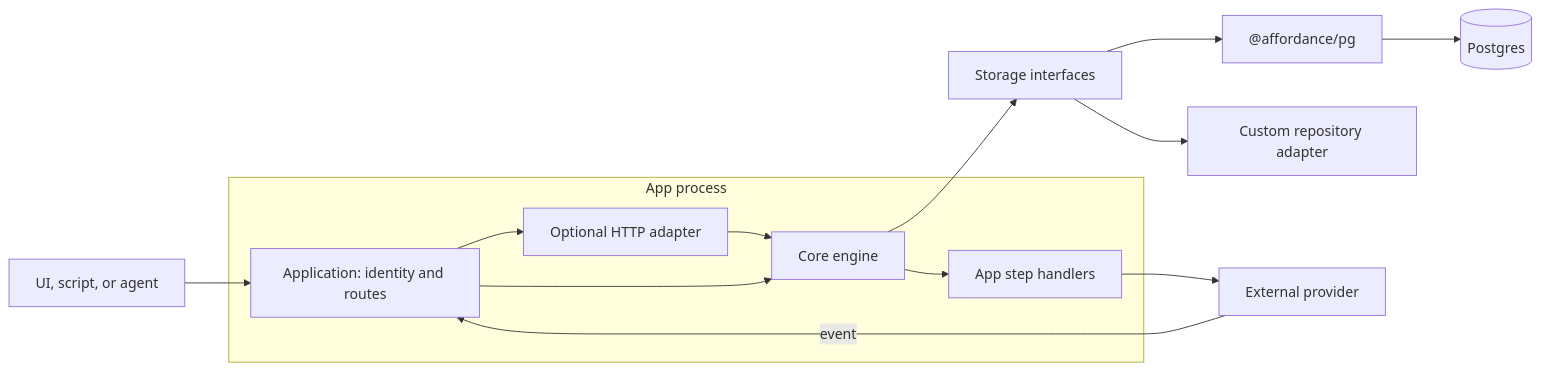
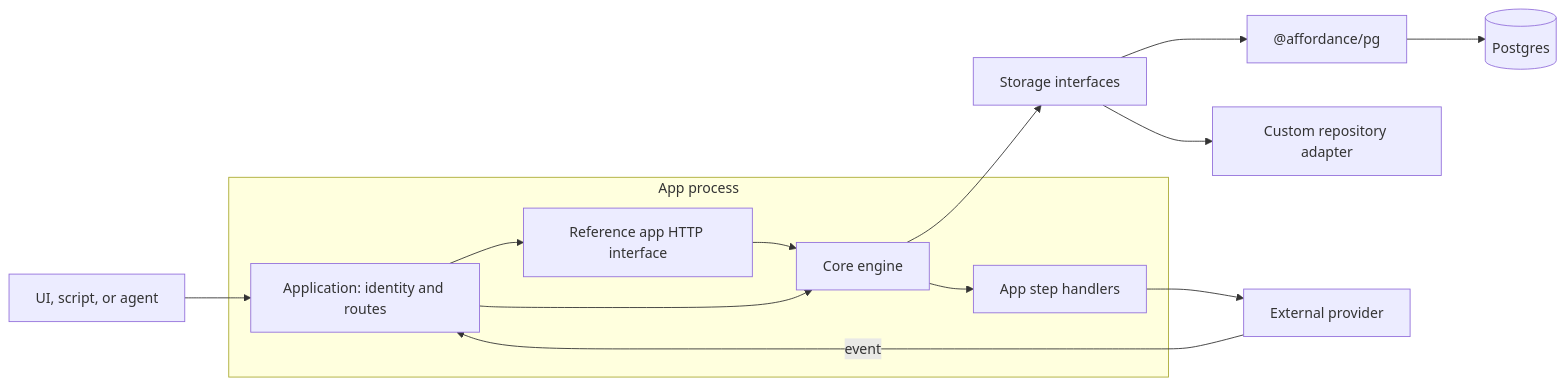
Before and after one commit to mochicodecom/affordance: the second of 4 diagrams in docs/architecture.md, drawn with Mermaid. The commit also changed other lines of this file and 49 other files, not shown here.

Commit message:
Move HTTP interface and wire contract into reference app

````diff
--- a/docs/architecture.md
+++ b/docs/architecture.md
@@ -40,16 +40,16 @@
 ```mermaid
 flowchart LR
   Client["UI, script, or agent"] --> App["Application: identity and routes"]
   subgraph Process["App process"]
-    App --> HTTP["Optional HTTP adapter"]
+    App --> HTTP["Reference app HTTP interface"]
     HTTP --> Engine["Core engine"]
     App --> Engine
     Engine --> Handler["App step handlers"]
   end
   Engine --> Storage["Storage interfaces"]
   Storage --> PG["@affordance/pg"]
   PG --> DB[("Postgres")]
   Storage --> Custom["Custom repository adapter"]
   Handler --> Provider["External provider"]
   Provider -->|"event"| App
 ```
````
